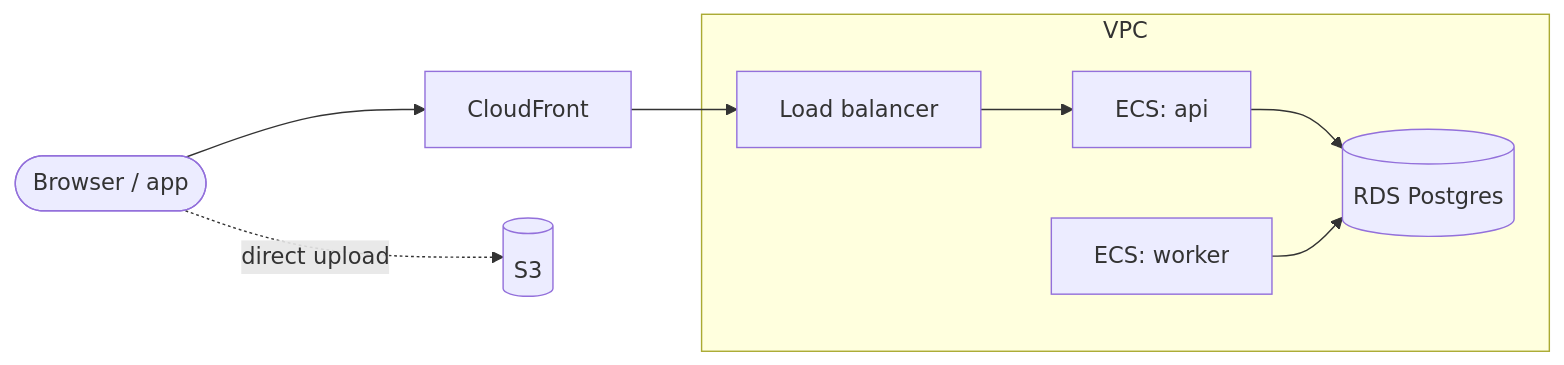
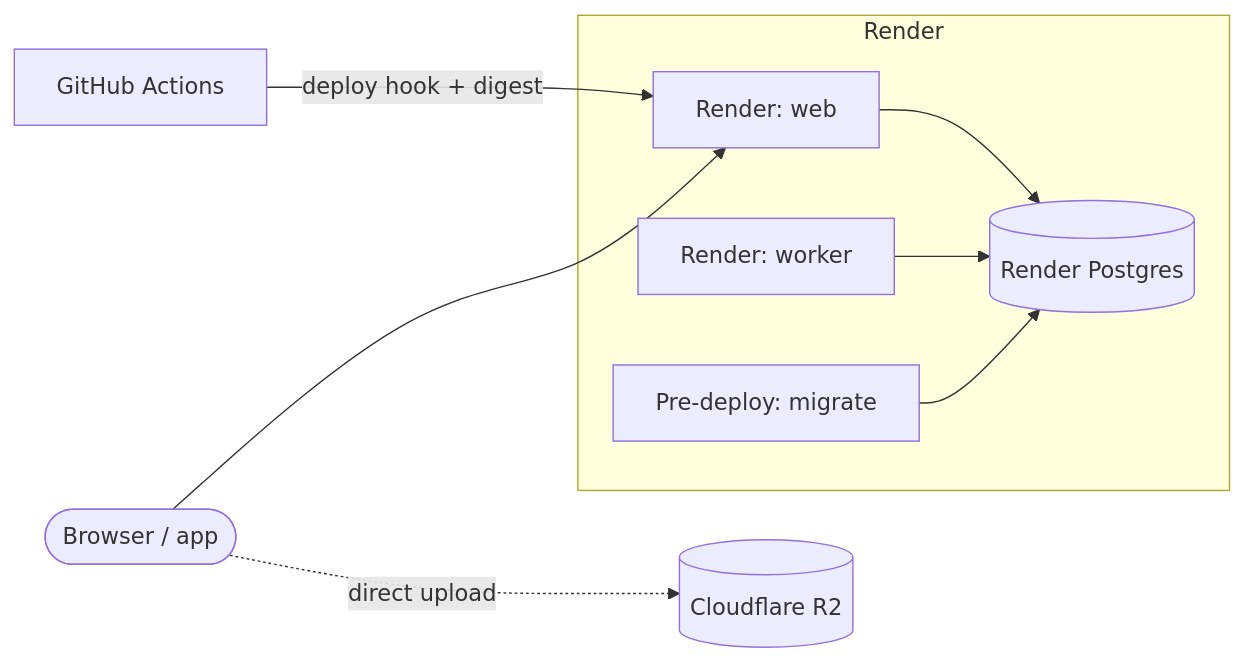
Before and after one commit to hinoahlee/launchpad: the second of 3 diagrams in docs/roadmap/README.md, drawn with Mermaid. The commit also changed other lines of this file and 29 other files, not shown here.

First line of the commit message:
docs: Render paid + GHCR + GitHub deploys; VPS next, AWS optional (decision 004) (#23)

````diff
--- a/docs/roadmap/README.md
+++ b/docs/roadmap/README.md
@@ -67,10 +69,11 @@
 ```mermaid
 flowchart LR
-  user(["Browser / app"]) --> cf["CloudFront"] --> alb["Load balancer"]
-  subgraph vpc["VPC"]
-    alb --> api["ECS: api"]
-    api --> db[("RDS Postgres")]
-    worker["ECS: worker"] --> db
+  gh["GitHub Actions"] -- "deploy hook + digest" --> web
+  user(["Browser / app"]) --> web["Render: web"]
+  subgraph render["Render"]
+    web --> db[("Render Postgres")]
+    worker["Render: worker"] --> db
+    pre["Pre-deploy: migrate"] --> db
   end
-  user -. "direct upload" .-> s3[("S3")]
+  user -. "direct upload" .-> r2[("Cloudflare R2")]
 ```
````
